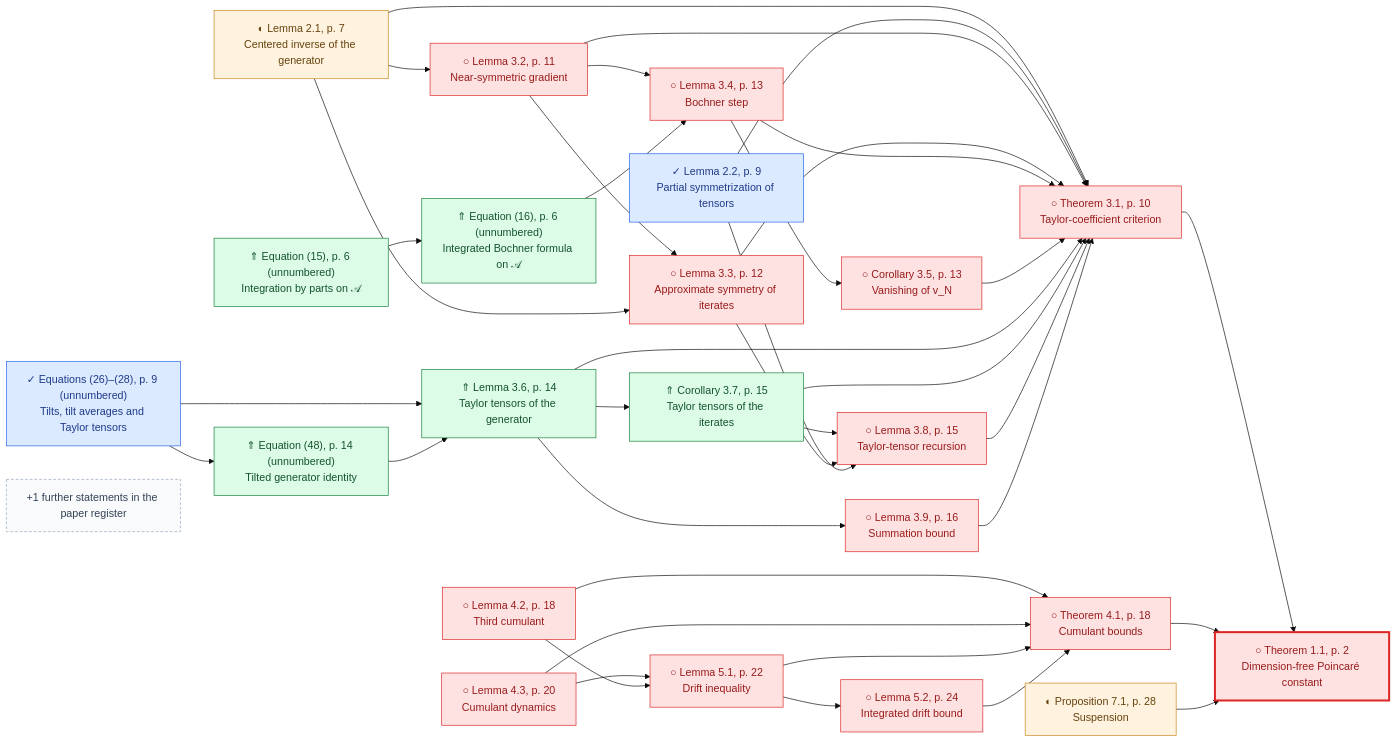
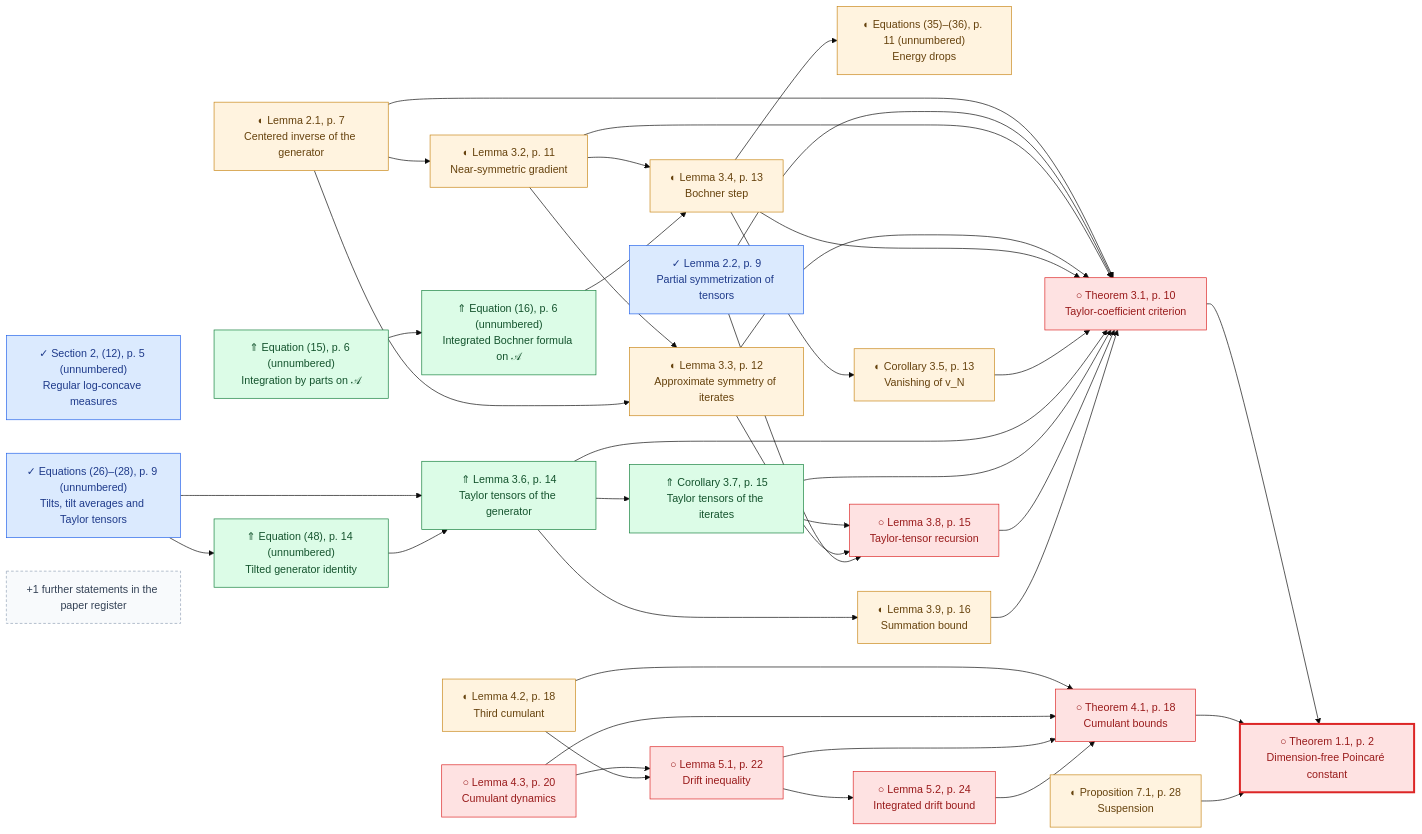
Before and after one commit to human-ai-mathematics/kls-lean: diagram 24 of 26 in research/progress/README.md, drawn with Mermaid (base theme). The commit also changed other lines of this file and 22 other files, not shown here.

````diff
--- a/research/progress/README.md
+++ b/research/progress/README.md
@@ -1196,72 +1196,75 @@
 ```mermaid
 flowchart LR
     BKL2026_T11["○ Theorem 1.1, p. 2<br/>Dimension-free Poincaré constant"]
     BKL2026_L21["◐ Lemma 2.1, p. 7<br/>Centered inverse of the generator"]
     BKL2026_L22["✓ Lemma 2.2, p. 9<br/>Partial symmetrization of tensors"]
     BKL2026_T31["○ Theorem 3.1, p. 10<br/>Taylor-coefficient criterion"]
-    BKL2026_L32["○ Lemma 3.2, p. 11<br/>Near-symmetric gradient"]
-    BKL2026_L33["○ Lemma 3.3, p. 12<br/>Approximate symmetry of iterates"]
-    BKL2026_L34["○ Lemma 3.4, p. 13<br/>Bochner step"]
-    BKL2026_C35["○ Corollary 3.5, p. 13<br/>Vanishing of v_N"]
+    BKL2026_L32["◐ Lemma 3.2, p. 11<br/>Near-symmetric gradient"]
+    BKL2026_EQ3536["◐ Equations (35)–(36), p. 11 (unnumbered)<br/>Energy drops"]
+    BKL2026_L33["◐ Lemma 3.3, p. 12<br/>Approximate symmetry of iterates"]
+    BKL2026_L34["◐ Lemma 3.4, p. 13<br/>Bochner step"]
+    BKL2026_C35["◐ Corollary 3.5, p. 13<br/>Vanishing of v_N"]
     BKL2026_L36["⇑ Lemma 3.6, p. 14<br/>Taylor tensors of the generator"]
     BKL2026_C37["⇑ Corollary 3.7, p. 15<br/>Taylor tensors of the iterates"]
     BKL2026_L38["○ Lemma 3.8, p. 15<br/>Taylor-tensor recursion"]
-    BKL2026_L39["○ Lemma 3.9, p. 16<br/>Summation bound"]
+    BKL2026_L39["◐ Lemma 3.9, p. 16<br/>Summation bound"]
     BKL2026_T41["○ Theorem 4.1, p. 18<br/>Cumulant bounds"]
-    BKL2026_L42["○ Lemma 4.2, p. 18<br/>Third cumulant"]
+    BKL2026_L42["◐ Lemma 4.2, p. 18<br/>Third cumulant"]
     BKL2026_L43["○ Lemma 4.3, p. 20<br/>Cumulant dynamics"]
     BKL2026_L51["○ Lemma 5.1, p. 22<br/>Drift inequality"]
     BKL2026_L52["○ Lemma 5.2, p. 24<br/>Integrated drift bound"]
     BKL2026_P71["◐ Proposition 7.1, p. 28<br/>Suspension"]
+    BKL2026_E12["✓ Section 2, (12), p. 5 (unnumbered)<br/>Regular log-concave measures"]
     BKL2026_E2628["✓ Equations (26)–(28), p. 9 (unnumbered)<br/>Tilts, tilt averages and Taylor tensors"]
     BKL2026_EQ15["⇑ Equation (15), p. 6 (unnumbered)<br/>Integration by parts on 𝒜"]
     BKL2026_EQ16["⇑ Equation (16), p. 6 (unnumbered)<br/>Integrated Bochner formula on 𝒜"]
     BKL2026_E48["⇑ Equation (48), p. 14 (unnumbered)<br/>Tilted generator identity"]
     BKL2026_T31 --> BKL2026_T11
     BKL2026_T41 --> BKL2026_T11
     BKL2026_P71 --> BKL2026_T11
     BKL2026_L21 --> BKL2026_T31
     BKL2026_L22 --> BKL2026_T31
     BKL2026_L32 --> BKL2026_T31
     BKL2026_L33 --> BKL2026_T31
     BKL2026_L34 --> BKL2026_T31
     BKL2026_C35 --> BKL2026_T31
     BKL2026_L36 --> BKL2026_T31
     BKL2026_C37 --> BKL2026_T31
     BKL2026_L38 --> BKL2026_T31
     BKL2026_L39 --> BKL2026_T31
     BKL2026_L21 --> BKL2026_L32
+    BKL2026_L34 --> BKL2026_EQ3536
     BKL2026_L32 --> BKL2026_L33
     BKL2026_L21 --> BKL2026_L33
     BKL2026_L32 --> BKL2026_L34
     BKL2026_EQ16 --> BKL2026_L34
     BKL2026_L34 --> BKL2026_C35
     BKL2026_E2628 --> BKL2026_L36
     BKL2026_E48 --> BKL2026_L36
     BKL2026_L36 --> BKL2026_C37
     BKL2026_C37 --> BKL2026_L38
     BKL2026_L33 --> BKL2026_L38
     BKL2026_L22 --> BKL2026_L38
     BKL2026_L36 --> BKL2026_L39
     BKL2026_L42 --> BKL2026_T41
     BKL2026_L43 --> BKL2026_T41
     BKL2026_L51 --> BKL2026_T41
     BKL2026_L52 --> BKL2026_T41
     BKL2026_L43 --> BKL2026_L51
     BKL2026_L42 --> BKL2026_L51
     BKL2026_L51 --> BKL2026_L52
     BKL2026_EQ15 --> BKL2026_EQ16
     BKL2026_E2628 --> BKL2026_E48
     BKL2026_more["+1 further statements in the paper register"]
     classDef lemma_formalized fill:#dbeafe,stroke:#2563eb,color:#1e3a8a;
-    class BKL2026_L22,BKL2026_E2628 lemma_formalized;
+    class BKL2026_L22,BKL2026_E12,BKL2026_E2628 lemma_formalized;
     classDef lemma_partial fill:#fff3df,stroke:#c88719,color:#66420d;
-    class BKL2026_L21,BKL2026_P71 lemma_partial;
+    class BKL2026_L21,BKL2026_L32,BKL2026_EQ3536,BKL2026_L33,BKL2026_L34,BKL2026_C35,BKL2026_L39,BKL2026_L42,BKL2026_P71 lemma_partial;
     classDef lemma_pending fill:#fee2e2,stroke:#dc2626,color:#991b1b;
-    class BKL2026_T11,BKL2026_T31,BKL2026_L32,BKL2026_L33,BKL2026_L34,BKL2026_C35,BKL2026_L38,BKL2026_L39,BKL2026_T41,BKL2026_L42,BKL2026_L43,BKL2026_L51,BKL2026_L52 lemma_pending;
+    class BKL2026_T11,BKL2026_T31,BKL2026_L38,BKL2026_T41,BKL2026_L43,BKL2026_L51,BKL2026_L52 lemma_pending;
     classDef lemma_improved fill:#dcfce7,stroke:#15803d,color:#14532d;
     class BKL2026_L36,BKL2026_C37,BKL2026_EQ15,BKL2026_EQ16,BKL2026_E48 lemma_improved;
     style BKL2026_T11 stroke-width:3px
     classDef lemma_more fill:#f8fafc,stroke:#94a3b8,color:#334155,stroke-dasharray:4 3;
     class BKL2026_more lemma_more;
 ```
````
